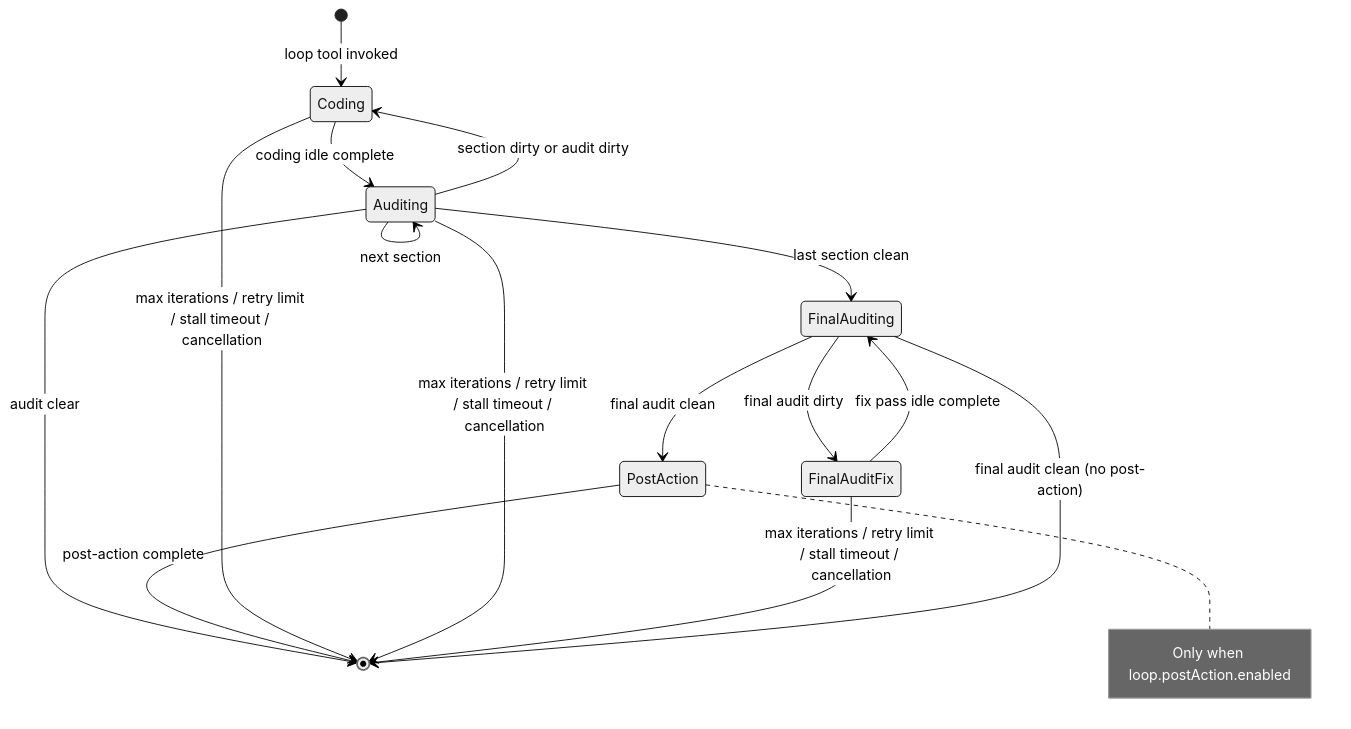
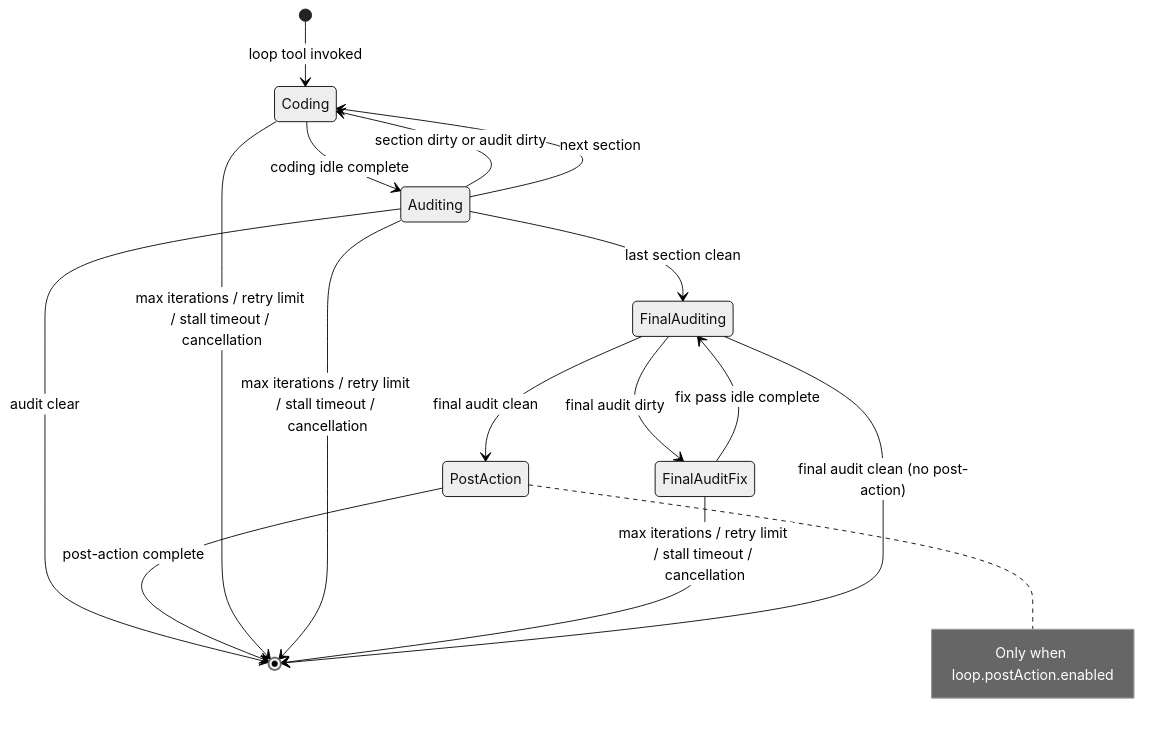
The first of 2 diagrams in docs/loop-system.md (chriswritescode-dev/opencode-forge), drawn with Mermaid (neutral theme) before and after one commit. The commit also changed other lines of this file and 33 other files, not shown here.

````diff
--- a/docs/loop-system.md
+++ b/docs/loop-system.md
@@ -36,18 +36,18 @@
 ```mermaid
 stateDiagram-v2
     [*] --> Coding: loop tool invoked
     Coding --> Auditing: coding idle complete
     Auditing --> Coding: section dirty or audit dirty
-    Auditing --> Auditing: next section
+    Auditing --> Coding: next section
     Auditing --> FinalAuditing: last section clean
     Auditing --> [*]: audit clear
     FinalAuditing --> FinalAuditFix: final audit dirty
     FinalAuditFix --> FinalAuditing: fix pass idle complete
     FinalAuditing --> PostAction: final audit clean
     note right of PostAction: Only when loop.postAction.enabled
     PostAction --> [*]: post-action complete
     Coding --> [*]: max iterations / retry limit / stall timeout / cancellation
     Auditing --> [*]: max iterations / retry limit / stall timeout / cancellation
     FinalAuditFix --> [*]: max iterations / retry limit / stall timeout / cancellation
     FinalAuditing --> [*]: final audit clean (no post-action)
 ```
````
